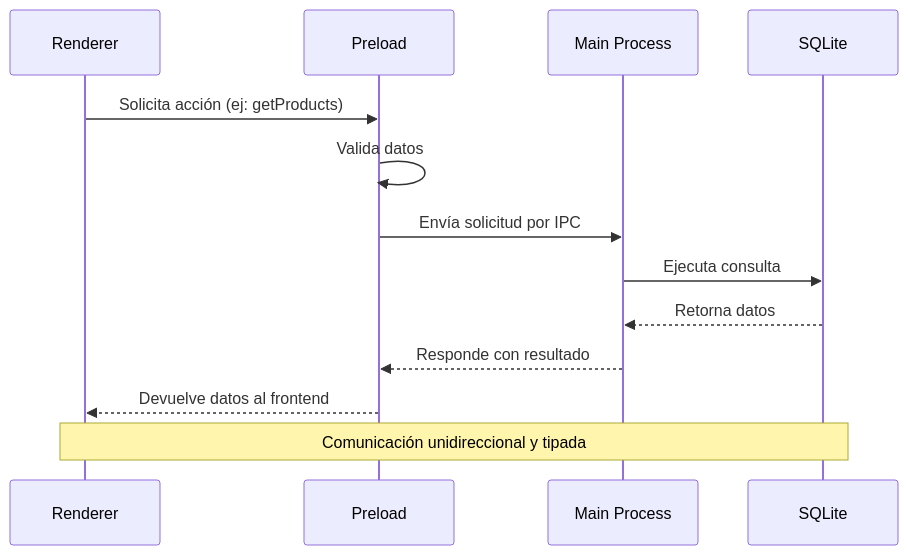
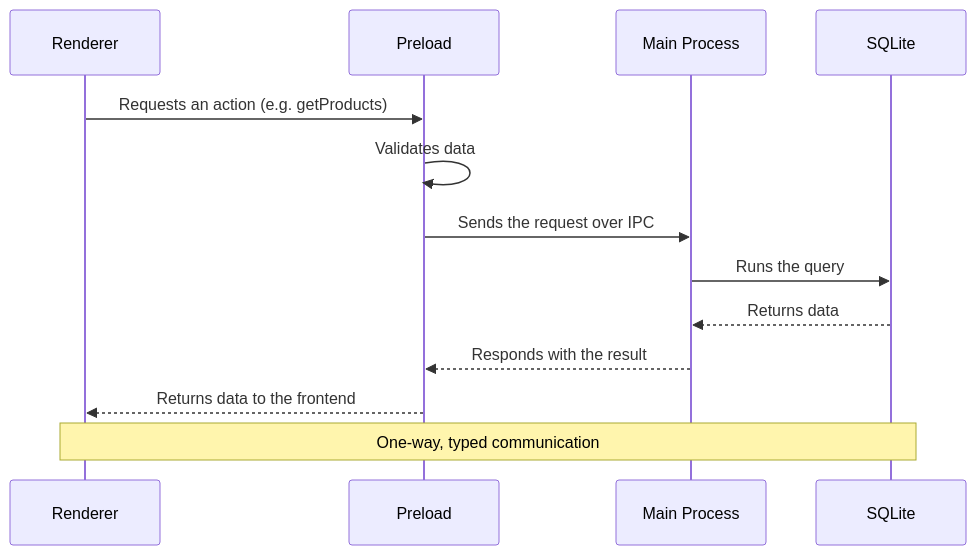
Before and after one commit to MohamedMusthaque/CeroCloud-Desktop: the fourth of 8 diagrams in docs/ARCHITECTURE.md, drawn with Mermaid. The commit also changed other lines of this file and 17 other files, not shown here.

````diff
--- a/docs/ARCHITECTURE.md
+++ b/docs/ARCHITECTURE.md
@@ -132,17 +132,17 @@
 ```mermaid
 sequenceDiagram
     participant R as Renderer
     participant P as Preload
     participant M as Main Process
     participant DB as SQLite
     
-    R->>P: Solicita acción (ej: getProducts)
-    P->>P: Valida datos
-    P->>M: Envía solicitud por IPC
-    M->>DB: Ejecuta consulta
-    DB-->>M: Retorna datos
-    M-->>P: Responde con resultado
-    P-->>R: Devuelve datos al frontend
+    R->>P: Requests an action (e.g. getProducts)
+    P->>P: Validates data
+    P->>M: Sends the request over IPC
+    M->>DB: Runs the query
+    DB-->>M: Returns data
+    M-->>P: Responds with the result
+    P-->>R: Returns data to the frontend
     
-    Note over R,DB: Comunicación unidireccional y tipada
+    Note over R,DB: One-way, typed communication
 ```
````
